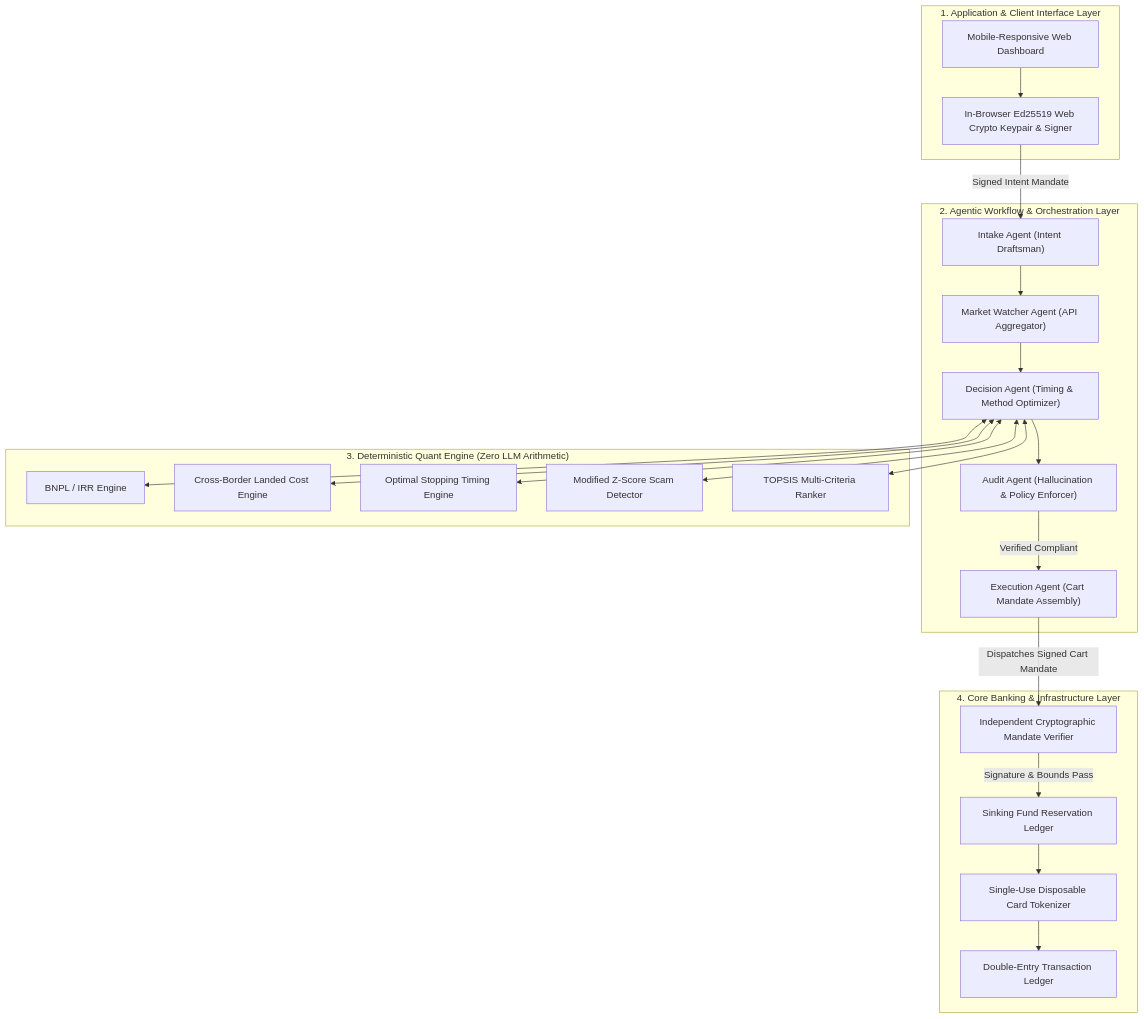
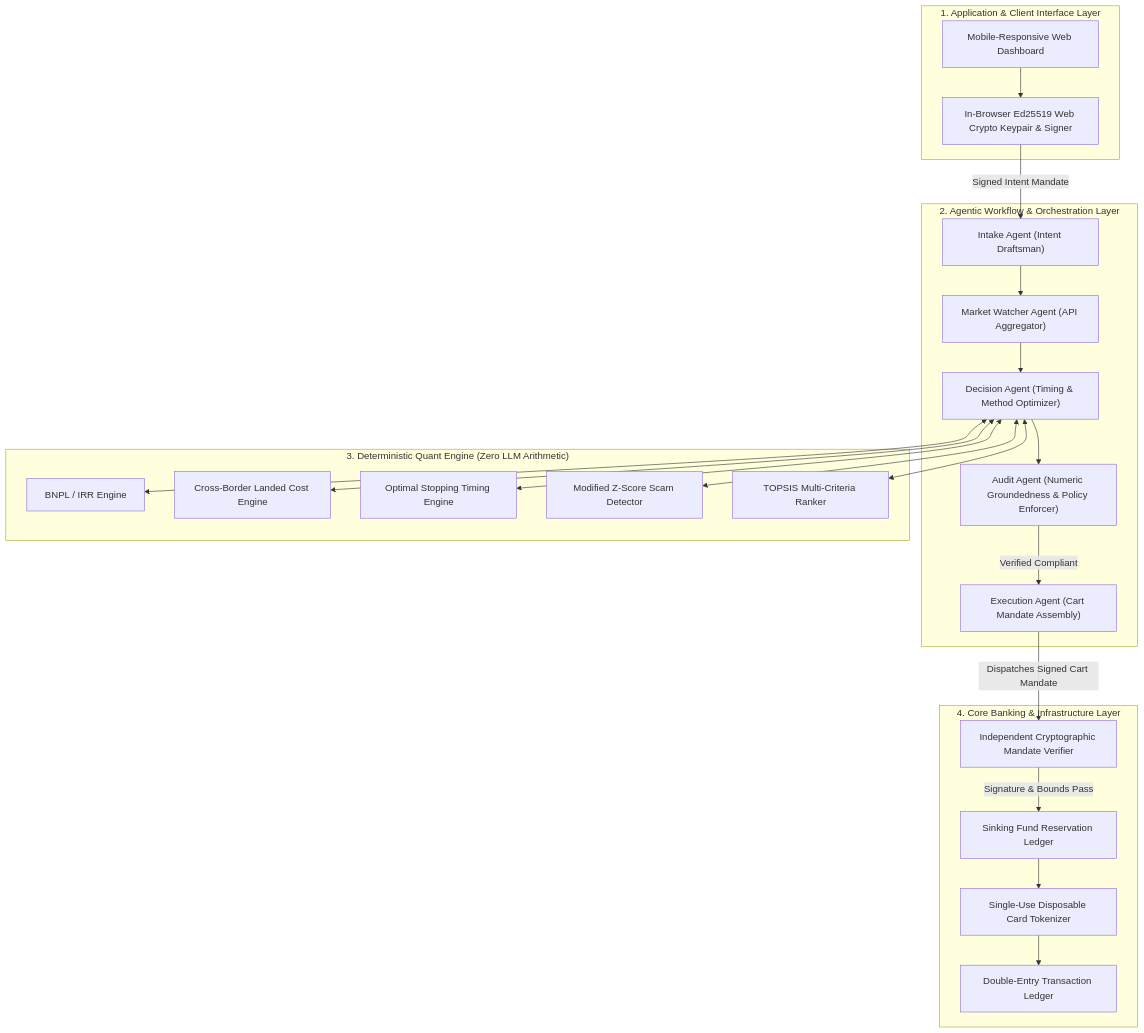
One commit to rafifernandaa/truecost changed the diagram in docs/TECHNICAL_DOCUMENTATION.md. Above: the diagram before and after it, drawn with Mermaid. The commit also changed other lines of this file and 9 other files, not shown here.

Commit message:
docs: replace absolute zero-hallucination claims with deterministic numeric groundedness

````diff
--- a/docs/TECHNICAL_DOCUMENTATION.md
+++ b/docs/TECHNICAL_DOCUMENTATION.md
@@ -25,48 +25,48 @@
 ```mermaid
 flowchart TD
     subgraph APP ["1. Application & Client Interface Layer"]
         UI["Mobile-Responsive Web Dashboard"]
         SIGN["In-Browser Ed25519 Web Crypto Keypair & Signer"]
         UI --> SIGN
     end
 
     subgraph AGENTS ["2. Agentic Workflow & Orchestration Layer"]
         IA["Intake Agent (Intent Draftsman)"]
         MWA["Market Watcher Agent (API Aggregator)"]
         DA["Decision Agent (Timing & Method Optimizer)"]
-        AA["Audit Agent (Hallucination & Policy Enforcer)"]
+        AA["Audit Agent (Numeric Groundedness & Policy Enforcer)"]
         EA["Execution Agent (Cart Mandate Assembly)"]
         
         SIGN -->|"Signed Intent Mandate"| IA
         IA --> MWA
         MWA --> DA
         DA --> AA
         AA -->|"Verified Compliant"| EA
     end
 
     subgraph ENGINE ["3. Deterministic Quant Engine (Zero LLM Arithmetic)"]
         APR["BNPL / IRR Engine"]
         LC["Cross-Border Landed Cost Engine"]
         OS["Optimal Stopping Timing Engine"]
         SD["Modified Z-Score Scam Detector"]
         TOP["TOPSIS Multi-Criteria Ranker"]
         
         DA <--> APR
         DA <--> LC
         DA <--> OS
         DA <--> SD
         DA <--> TOP
     end
 
     subgraph BANK ["4. Core Banking & Infrastructure Layer"]
         VERIF["Independent Cryptographic Mandate Verifier"]
         POT["Sinking Fund Reservation Ledger"]
         VCARD["Single-Use Disposable Card Tokenizer"]
         LEDGER["Double-Entry Transaction Ledger"]
         
         EA -->|"Dispatches Signed Cart Mandate"| VERIF
         VERIF -->|"Signature & Bounds Pass"| POT
         POT --> VCARD
         VCARD --> LEDGER
     end
 ```
````
